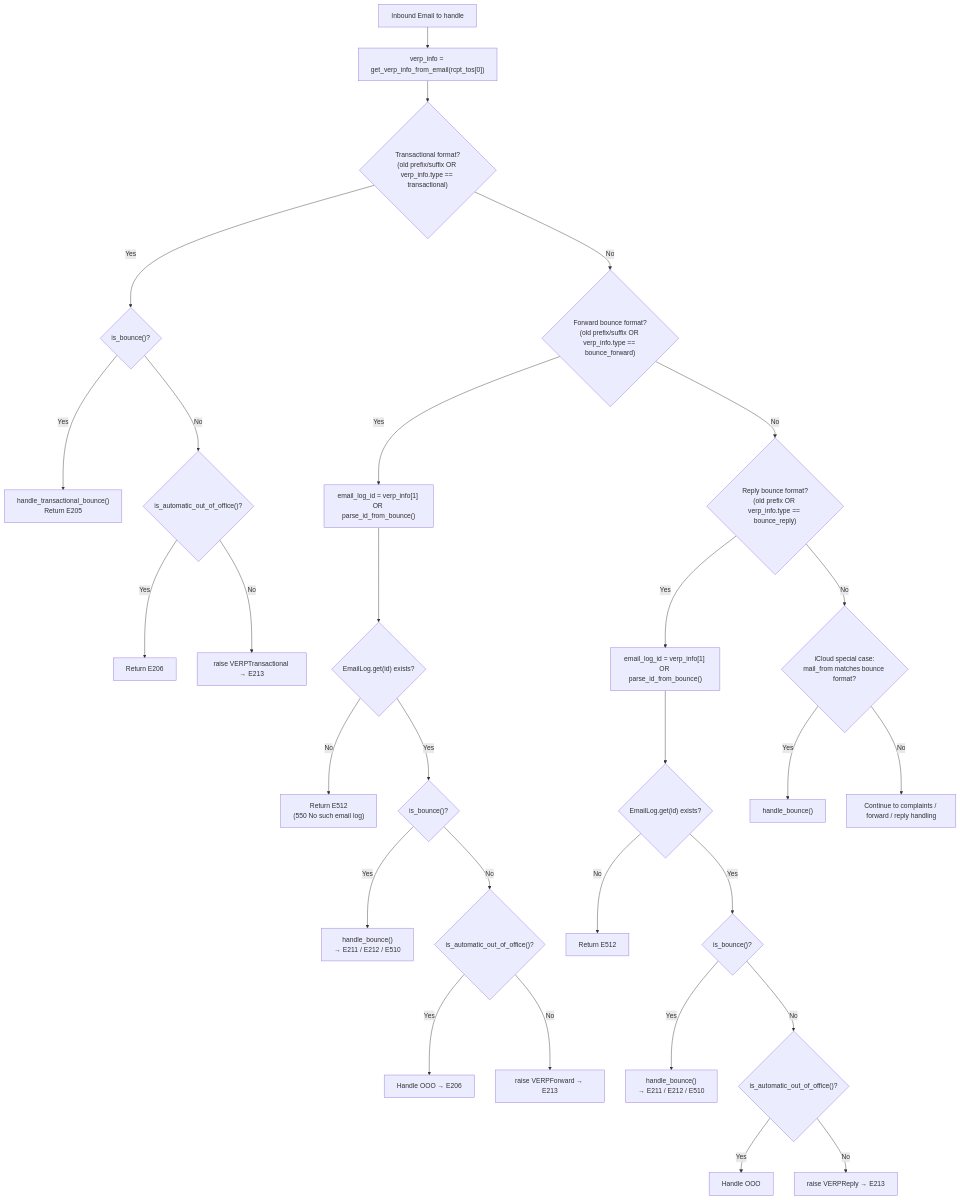
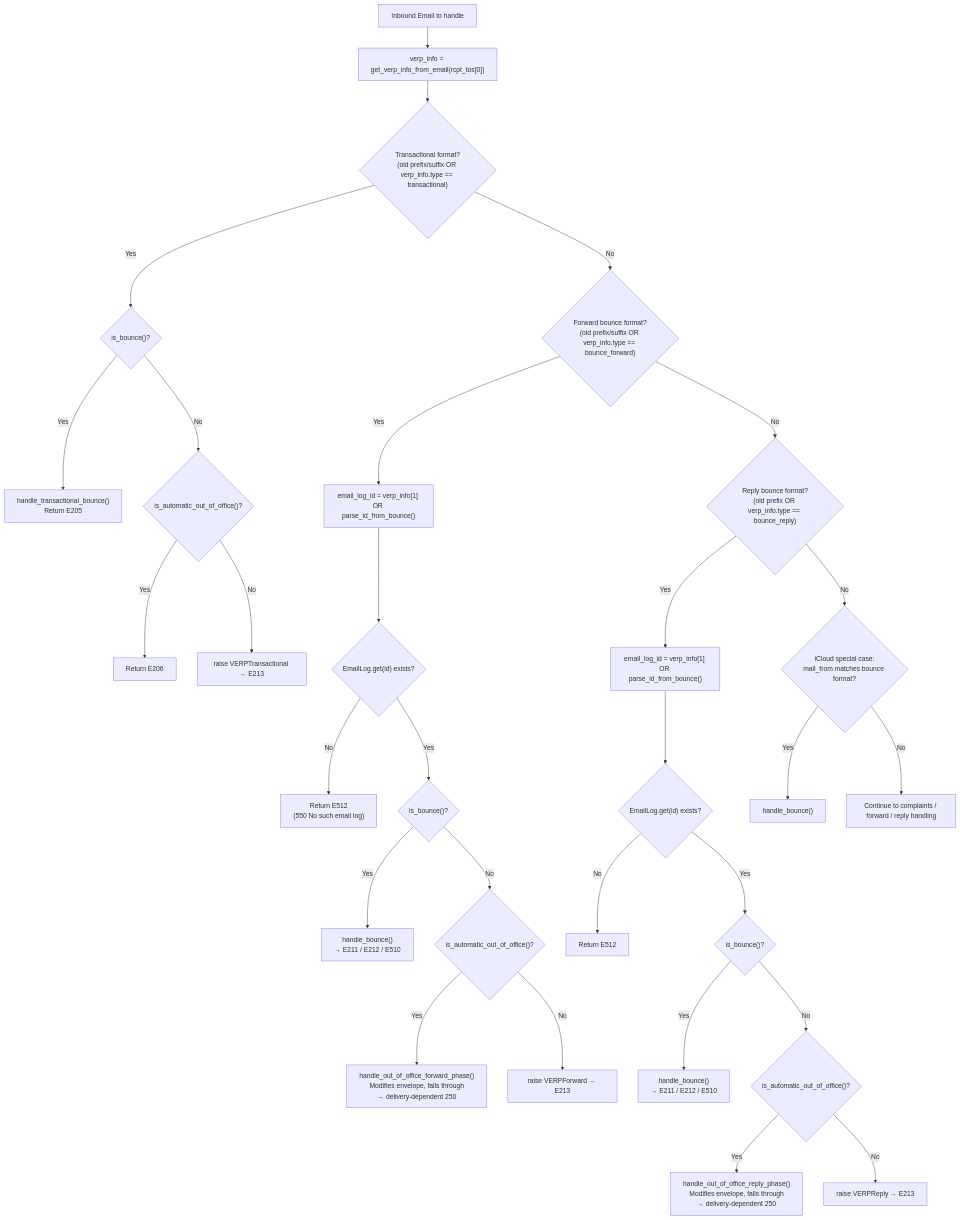
Before and after one commit to blitzy-research/app: the first of 3 diagrams in blitzy/documentation/app_2cd6ee777f8c.md, drawn with Mermaid. The commit also changed other lines of this file, not shown here.

````diff
--- a/blitzy/documentation/app_2cd6ee777f8c.md
+++ b/blitzy/documentation/app_2cd6ee777f8c.md
@@ -224,31 +229,31 @@
 ```mermaid
 flowchart TD
     A[Inbound Email to handle] --> B["verp_info = get_verp_info_from_email(rcpt_tos[0])"]
     B --> C{"Transactional format?<br/>(old prefix/suffix OR verp_info.type == transactional)"}
     C -->|Yes| D{"is_bounce()?"}
     D -->|Yes| E["handle_transactional_bounce()<br/>Return E205"]
     D -->|No| F{"is_automatic_out_of_office()?"}
     F -->|Yes| G["Return E206"]
     F -->|No| H["raise VERPTransactional → E213"]
     C -->|No| I{"Forward bounce format?<br/>(old prefix/suffix OR verp_info.type == bounce_forward)"}
     I -->|Yes| J["email_log_id = verp_info[1] OR parse_id_from_bounce()"]
     J --> K{"EmailLog.get(id) exists?"}
     K -->|No| L["Return E512<br/>(550 No such email log)"]
     K -->|Yes| M{"is_bounce()?"}
     M -->|Yes| N["handle_bounce()<br/>→ E211 / E212 / E510"]
     M -->|No| O{"is_automatic_out_of_office()?"}
-    O -->|Yes| P["Handle OOO → E206"]
+    O -->|Yes| P["handle_out_of_office_forward_phase()<br/>Modifies envelope, falls through<br/>→ delivery-dependent 250"]
     O -->|No| Q["raise VERPForward → E213"]
     I -->|No| R{"Reply bounce format?<br/>(old prefix OR verp_info.type == bounce_reply)"}
     R -->|Yes| S["email_log_id = verp_info[1] OR parse_id_from_bounce()"]
     S --> T{"EmailLog.get(id) exists?"}
     T -->|No| U["Return E512"]
     T -->|Yes| V{"is_bounce()?"}
     V -->|Yes| W["handle_bounce()<br/>→ E211 / E212 / E510"]
     V -->|No| X{"is_automatic_out_of_office()?"}
-    X -->|Yes| Y["Handle OOO"]
+    X -->|Yes| Y["handle_out_of_office_reply_phase()<br/>Modifies envelope, falls through<br/>→ delivery-dependent 250"]
     X -->|No| Z["raise VERPReply → E213"]
     R -->|No| AA{"iCloud special case:<br/>mail_from matches bounce format?"}
     AA -->|Yes| AB["handle_bounce()"]
     AA -->|No| AC["Continue to complaints / forward / reply handling"]
 ```
````
